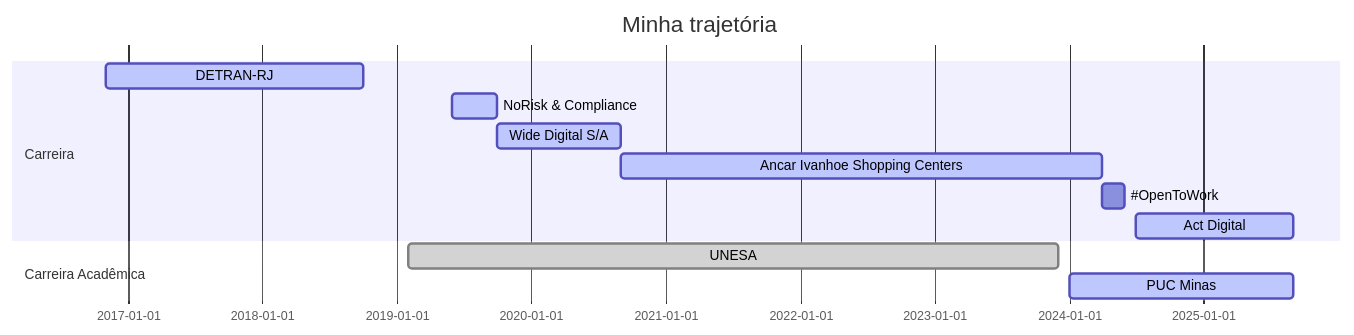
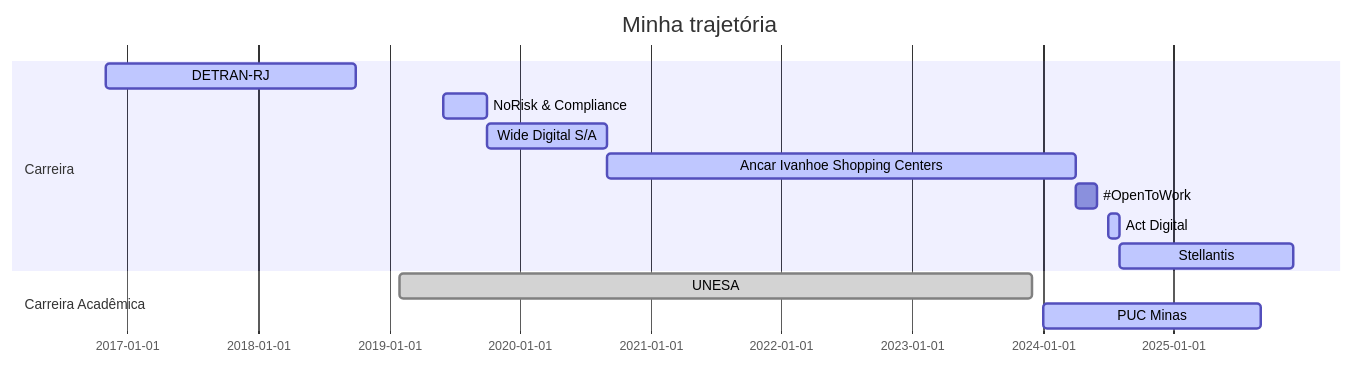
The diagram in README.md (carlosr-henriques/carlosr-henriques), drawn with Mermaid before and after one commit.

````diff
--- a/README.md
+++ b/README.md
@@ -5,18 +5,19 @@
 ```mermaid
 
 gantt
   dateFormat  YYYY-MM
   title Minha trajetória
 
   section Carreira
     DETRAN-RJ                      :active, a1, 2016-11, 2018-10
     NoRisk & Compliance            :active,, 2019-06,2019-10
     Wide Digital S/A               :active,, 2019-10,2020-09
     Ancar Ivanhoe Shopping Centers :active,, 2020-09,2024-04
     #OpenToWork :, 2024-04,2024-06
-    Act Digital                    :active,, 2024-07, 2025-09
+    Act Digital                    :active,, 2024-07, 2024-08
+    Stellantis                     :active,, 2024-08, 2025-12
 
   section Carreira Acadêmica
     UNESA      :done,, 2019-02,2023-12
     PUC Minas  :active,, 2024-01,2025-09
 ```
````
